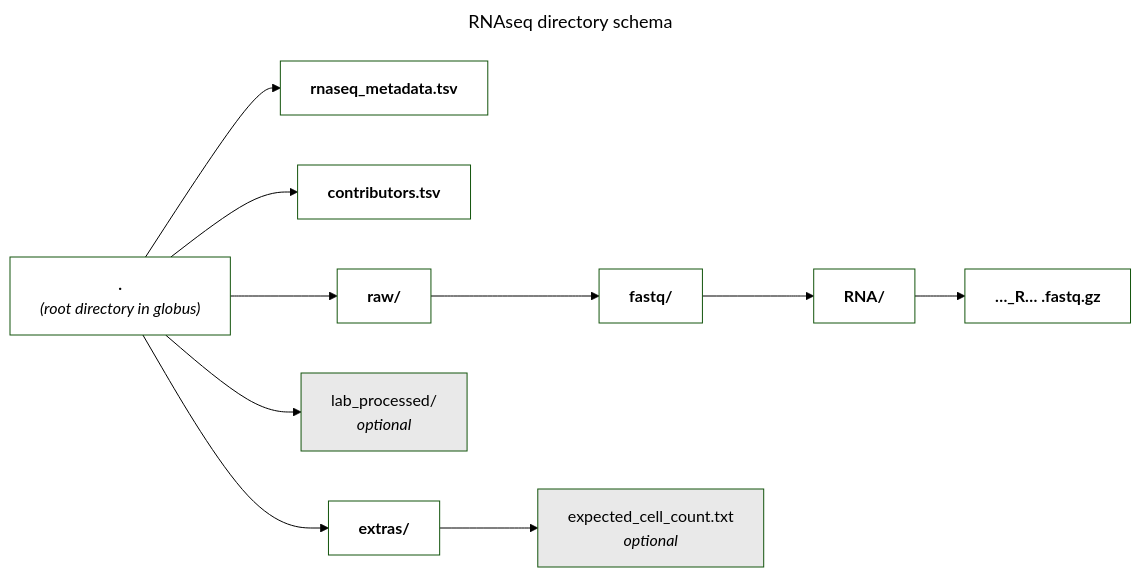
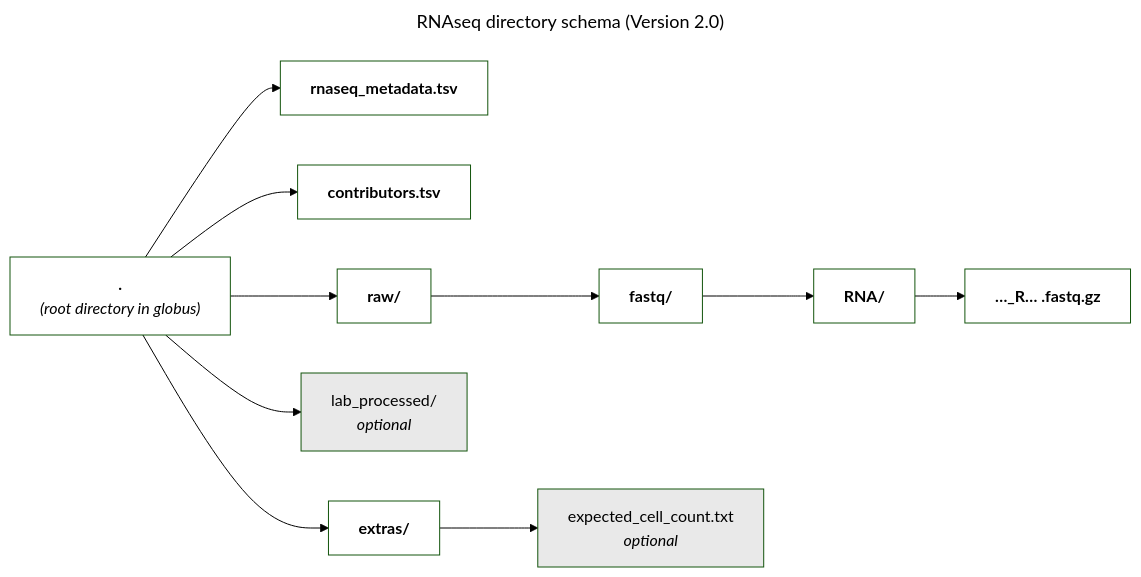
One commit to dojobo/ingest-validation-tools changed the diagram in docs/rnaseq/current/index.md. Above: the diagram before and after it, drawn with Mermaid (forest theme).

Commit message:
rnaseq add version to title

````diff
--- a/docs/rnaseq/current/index.md
+++ b/docs/rnaseq/current/index.md
@@ -45,16 +45,16 @@
 ```mermaid
 ---
-title: RNAseq directory schema
+title: RNAseq directory schema (Version 2.0)
 ---
 flowchart LR
     root["`**.**
     *(root directory in globus)*`"] --> am["`**rnaseq_metadata.tsv**`"] & c["`**contributors.tsv**`"] & ex["`**extras/**`"] & lp["`lab_processed/
     *optional*`"]:::opt & raw["`**raw/**`"]
     raw --> fastq["`**fastq/**`"]
     fastq --> RNA["`**RNA/**`"]
     RNA --> gz["`**…_R… .fastq.gz**`"]
     ex --> expected["`expected_cell_count.txt
     *optional*`"]:::opt
     classDef default fill:#FFFFFF,color:#000;
     classDef opt fill:#E9E9E9,color:#000;
 ```
````
